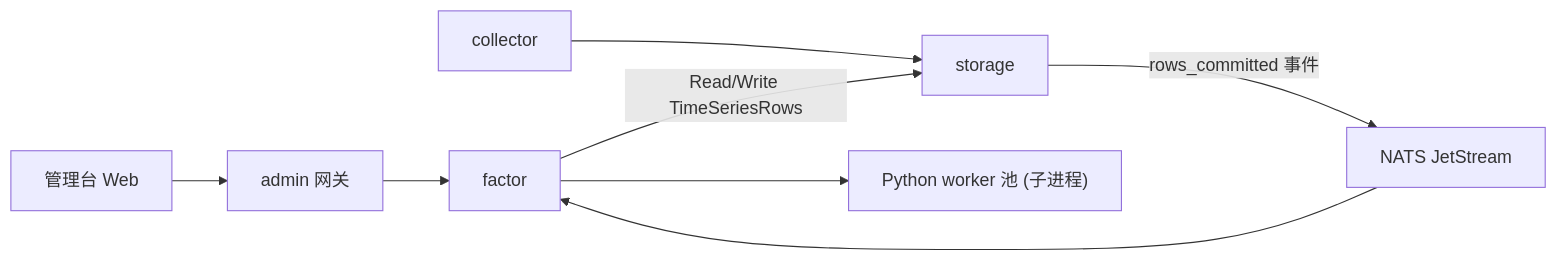
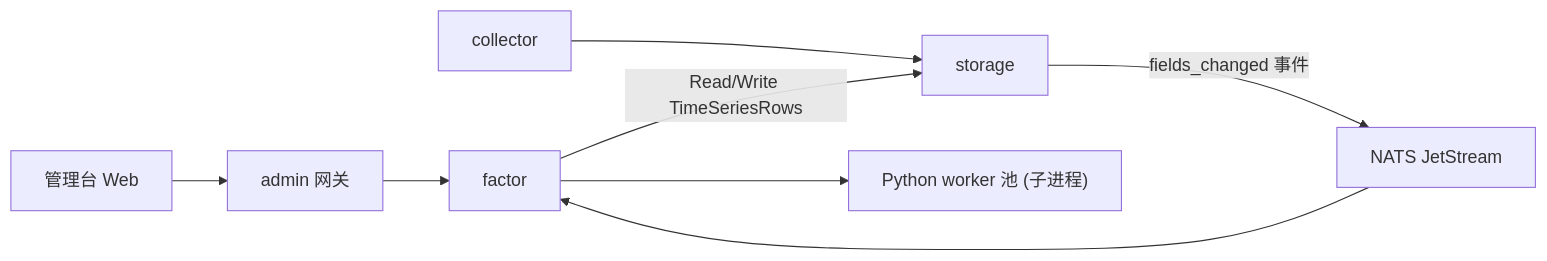
The first of 3 diagrams in docs/因子计算模块设计.md (mooyang-code/moox), drawn with Mermaid before and after one commit. The commit also changed other lines of this file and 14 other files, not shown here.

````diff
--- a/docs/因子计算模块设计.md
+++ b/docs/因子计算模块设计.md
@@ -48,10 +48,10 @@
 ```mermaid
 flowchart LR
   Web["管理台 Web"] --> Admin["admin 网关"]
   Admin --> Factor["factor"]
   Collector["collector"] --> Storage["storage"]
-  Storage -- "rows_committed 事件" --> NATS["NATS JetStream"]
+  Storage -- "fields_changed 事件" --> NATS["NATS JetStream"]
   NATS --> Factor
   Factor -- "Read/Write TimeSeriesRows" --> Storage
   Factor --> PyWorker["Python worker 池 (子进程)"]
 ```
````
